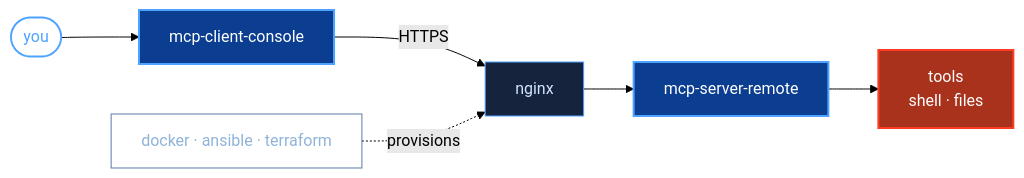
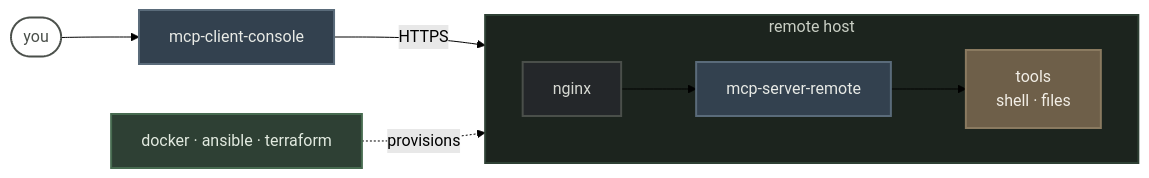
Before and after one commit to geomux/geomux: the diagram in README.md, drawn with Mermaid (forest theme).

Commit message:
docs(README.md): added mermaid chart for my stacks.

````diff
--- a/README.md
+++ b/README.md
@@ -11,14 +11,18 @@
 ```mermaid
 flowchart LR
+    subgraph HOST["remote host"]
+        direction LR
+        N["nginx"]:::plumb --> S["mcp-server-remote"]:::pkg --> T["tools<br/>shell · files"]:::tools
+    end
+
     U([you]):::me --> C["mcp-client-console"]:::pkg
-    C -->|HTTPS| N["nginx"]:::infra
-    N --> S["mcp-server-remote"]:::pkg
-    S --> T["tools<br/>shell · files"]:::edge
-    D["docker · ansible · terraform"]:::iac -.->|provisions| N
+    C -->|HTTPS| N
+    IAC["docker · ansible · terraform"]:::iac -.->|provisions| HOST
 
-    classDef me fill:none,stroke:#4DA3FF,stroke-width:2px,color:#4DA3FF
-    classDef pkg fill:#0B3D91,stroke:#4DA3FF,stroke-width:2px,color:#FFFFFF
-    classDef infra fill:#16233D,stroke:#4DA3FF,stroke-width:1px,color:#CFE3FF
-    classDef edge fill:#A8321B,stroke:#FC3D21,stroke-width:2px,color:#FFFFFF
-    classDef iac fill:none,stroke:#5A7BA6,stroke-width:1px,color:#8FB3D9
+    classDef me fill:none,stroke:#4A4F4A,stroke-width:2px,color:#4A4F4A
+    classDef pkg fill:#33414F,stroke:#5A6B7A,stroke-width:2px,color:#E8EAE6
+    classDef plumb fill:#24272A,stroke:#4A4F4A,stroke-width:2px,color:#D6D8D2
+    classDef tools fill:#6E5F49,stroke:#8A7A60,stroke-width:2px,color:#F2EEE6
+    classDef iac fill:#2E4034,stroke:#476B50,stroke-width:2px,color:#E2EAE0
+    style HOST fill:#1C241E,stroke:#2E4034,stroke-width:2px,color:#C9CFC4
 ```
````
